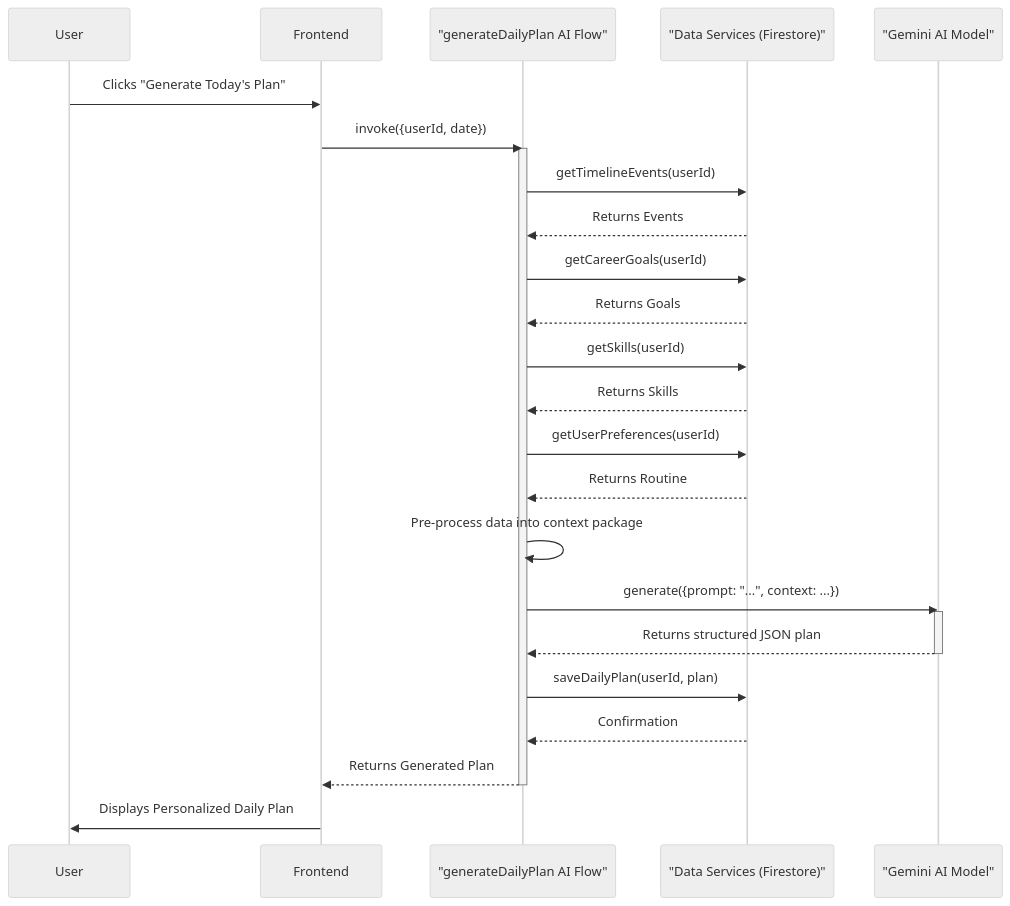
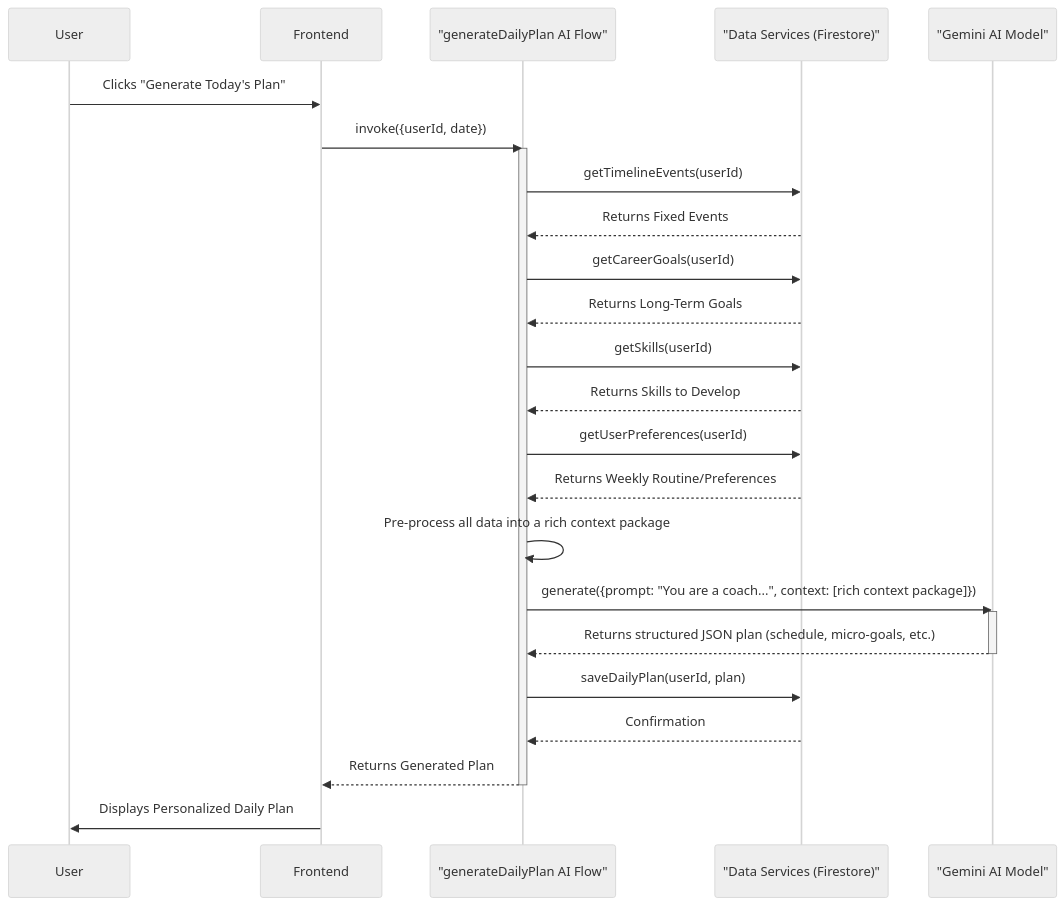
One commit to AshishYesale7/Calander-Ai changed the third of 3 diagrams in Synopsis.md. Above: the diagram before and after it, drawn with Mermaid (neutral theme). The commit also changed other lines of this file, not shown here.

````diff
--- a/Synopsis.md
+++ b/Synopsis.md
@@ -149,39 +156,39 @@
 ```mermaid
 sequenceDiagram
     participant User
     participant Frontend
     participant DailyPlanFlow as "generateDailyPlan AI Flow"
     participant Services as "Data Services (Firestore)"
     participant Gemini as "Gemini AI Model"
 
     User->>Frontend: Clicks "Generate Today's Plan"
     Frontend->>DailyPlanFlow: invoke({userId, date})
     activate DailyPlanFlow
     
     DailyPlanFlow->>Services: getTimelineEvents(userId)
-    Services-->>DailyPlanFlow: Returns Events
+    Services-->>DailyPlanFlow: Returns Fixed Events
     
     DailyPlanFlow->>Services: getCareerGoals(userId)
-    Services-->>DailyPlanFlow: Returns Goals
+    Services-->>DailyPlanFlow: Returns Long-Term Goals
     
     DailyPlanFlow->>Services: getSkills(userId)
-    Services-->>DailyPlanFlow: Returns Skills
+    Services-->>DailyPlanFlow: Returns Skills to Develop
     
     DailyPlanFlow->>Services: getUserPreferences(userId)
-    Services-->>DailyPlanFlow: Returns Routine
+    Services-->>DailyPlanFlow: Returns Weekly Routine/Preferences
     
-    DailyPlanFlow->>DailyPlanFlow: Pre-process data into context package
+    DailyPlanFlow->>DailyPlanFlow: Pre-process all data into a rich context package
     
-    DailyPlanFlow->>Gemini: generate({prompt: "...", context: ...})
+    DailyPlanFlow->>Gemini: generate({prompt: "You are a coach...", context: [rich context package]})
     activate Gemini
-    Gemini-->>DailyPlanFlow: Returns structured JSON plan
+    Gemini-->>DailyPlanFlow: Returns structured JSON plan (schedule, micro-goals, etc.)
     deactivate Gemini
     
     DailyPlanFlow->>Services: saveDailyPlan(userId, plan)
     Services-->>DailyPlanFlow: Confirmation
     
     DailyPlanFlow-->>Frontend: Returns Generated Plan
     deactivate DailyPlanFlow
     
     Frontend->>User: Displays Personalized Daily Plan
 ```
````
